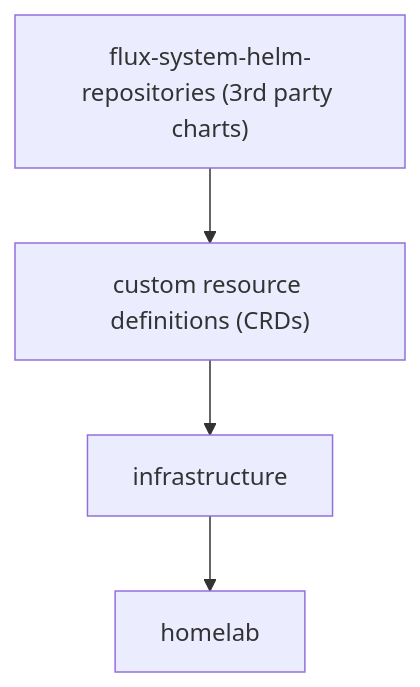
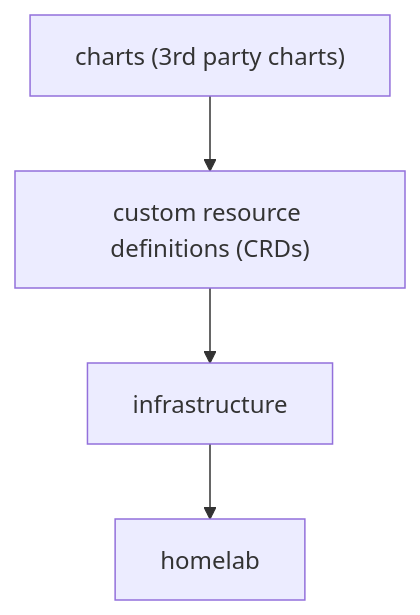
One commit to loganmarchione/k8s_homelab changed the diagram in clusters/homelab/README.md. Above: the diagram before and after it, drawn with Mermaid.

````diff
--- a/clusters/homelab/README.md
+++ b/clusters/homelab/README.md
@@ -3,6 +3,6 @@
 ```mermaid
 flowchart TD;
-    A["flux-system-helm-repositories (3rd party charts)"]-->B["custom resource definitions (CRDs)"];
+    A["charts (3rd party charts)"]-->B["custom resource definitions (CRDs)"];
     B-->C[infrastructure];
     C-->D[homelab];
 ```
````
